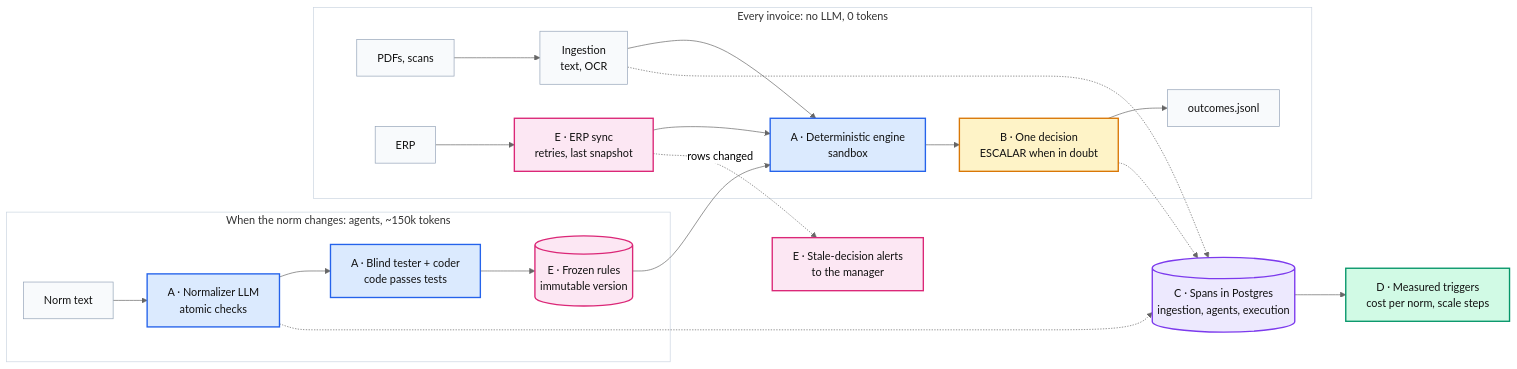
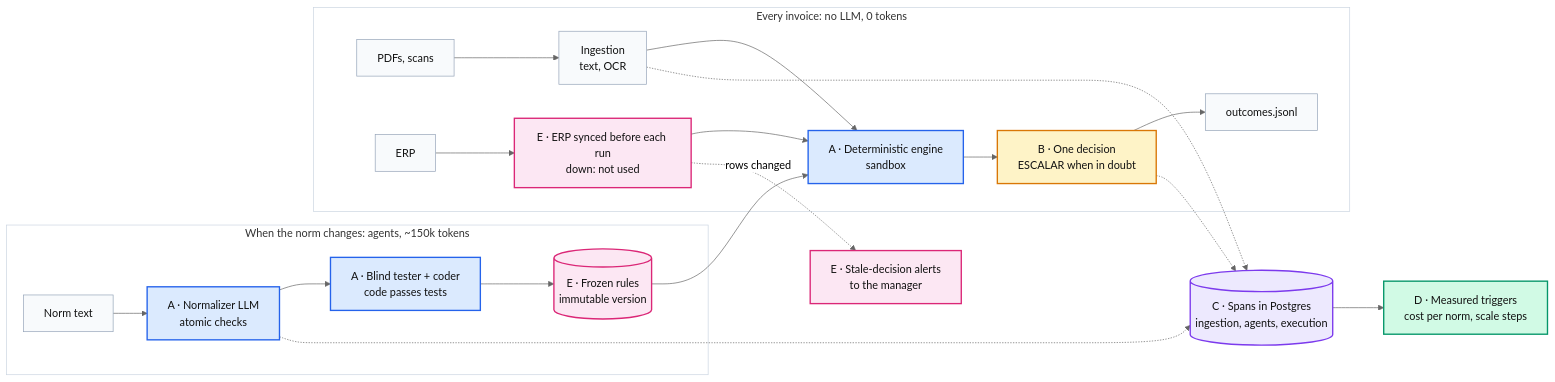
One commit to Martinhdeez/trace-it changed the diagram in docs/adr/README.md. Above: the diagram before and after it, drawn with Mermaid (neutral theme). The commit also changed other lines of this file and 16 other files, not shown here.

First line of the commit message:
docs(adr): 0027 and 0028 into detail; key B adds SOURCE_UNAVAILABLE, key E syncs the ERP before every run

````diff
--- a/docs/adr/README.md
+++ b/docs/adr/README.md
@@ -7,36 +7,36 @@
 ```mermaid
 flowchart LR
   subgraph CHG["When the norm changes: agents, ~150k tokens"]
     NORM["Norm text"] --> NZ["A · Normalizer LLM<br/>atomic checks"]
     NZ --> TC["A · Blind tester + coder<br/>code passes tests"]
     TC --> FR[("E · Frozen rules<br/>immutable version")]
   end
   subgraph RUN["Every invoice: no LLM, 0 tokens"]
     PDF["PDFs, scans"] --> ING["Ingestion<br/>text, OCR"]
-    ERP["ERP"] --> SYNC["E · ERP sync<br/>retries, last snapshot"]
+    ERP["ERP"] --> SYNC["E · ERP synced before each run<br/>down: not used"]
     ING --> ENG["A · Deterministic engine<br/>sandbox"]
     SYNC --> ENG
     ENG --> DEC["B · One decision<br/>ESCALAR when in doubt"]
     DEC --> EXP["outcomes.jsonl"]
   end
   FR --> ENG
   NZ -.-> EV[("C · Spans in Postgres<br/>ingestion, agents, execution")]
   ING -.-> EV
   DEC -.-> EV
   EV --> SC["D · Measured triggers<br/>cost per norm, scale steps"]
   SYNC -. "rows changed" .-> AL["E · Stale-decision alerts<br/>to the manager"]
   classDef ka fill:#dbeafe,stroke:#2563eb,stroke-width:2px,color:#111
   classDef kb fill:#fef3c7,stroke:#d97706,stroke-width:2px,color:#111
   classDef kc fill:#ede9fe,stroke:#7c3aed,stroke-width:2px,color:#111
   classDef kd fill:#d1fae5,stroke:#059669,stroke-width:2px,color:#111
   classDef ke fill:#fce7f3,stroke:#db2777,stroke-width:2px,color:#111
   classDef plain fill:#f8fafc,stroke:#94a3b8,color:#111
   class NZ,TC,ENG ka
   class DEC kb
   class EV kc
   class SC kd
   class FR,SYNC,AL ke
   class NORM,PDF,ERP,ING,EXP plain
   style CHG fill:#ffffff,stroke:#cbd5e1
   style RUN fill:#ffffff,stroke:#cbd5e1
 ```
````
